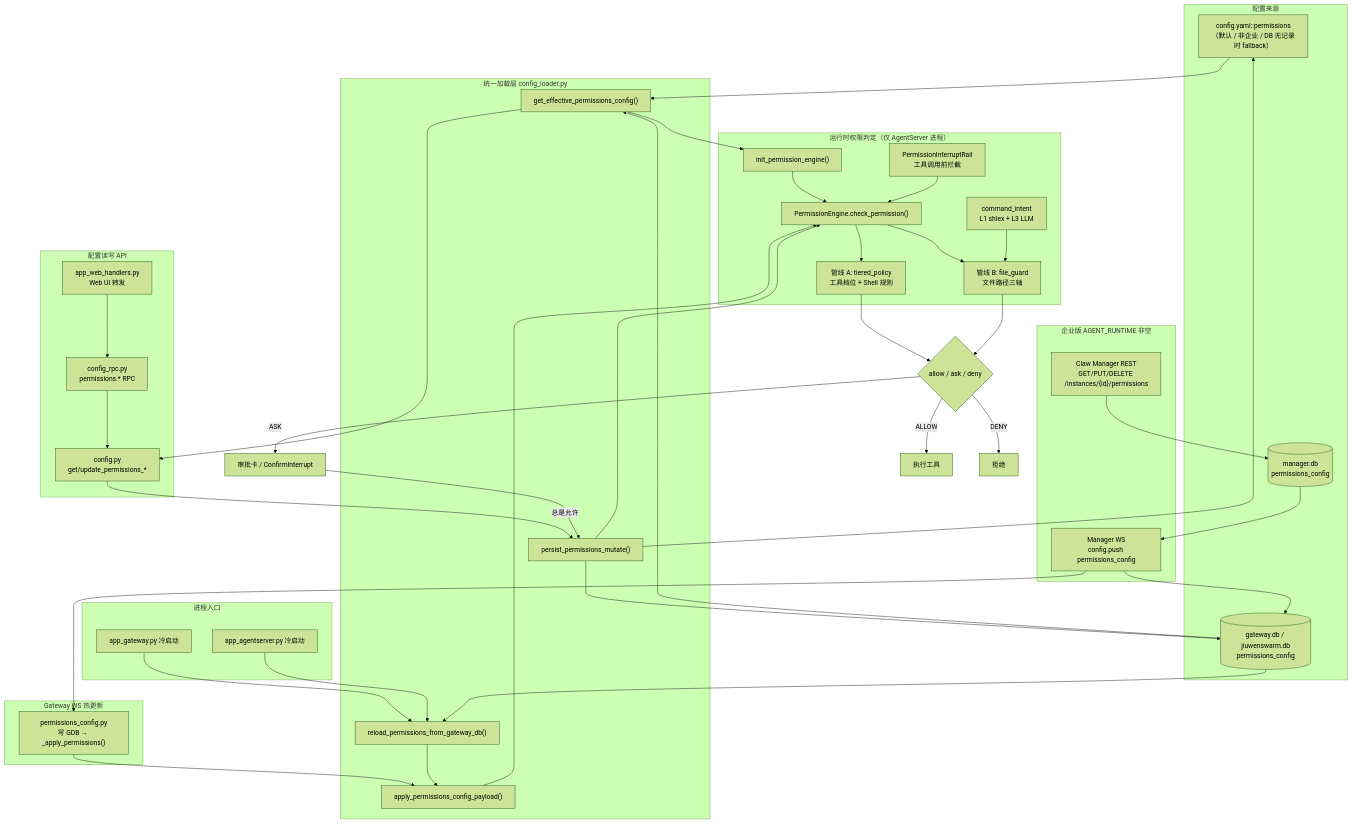
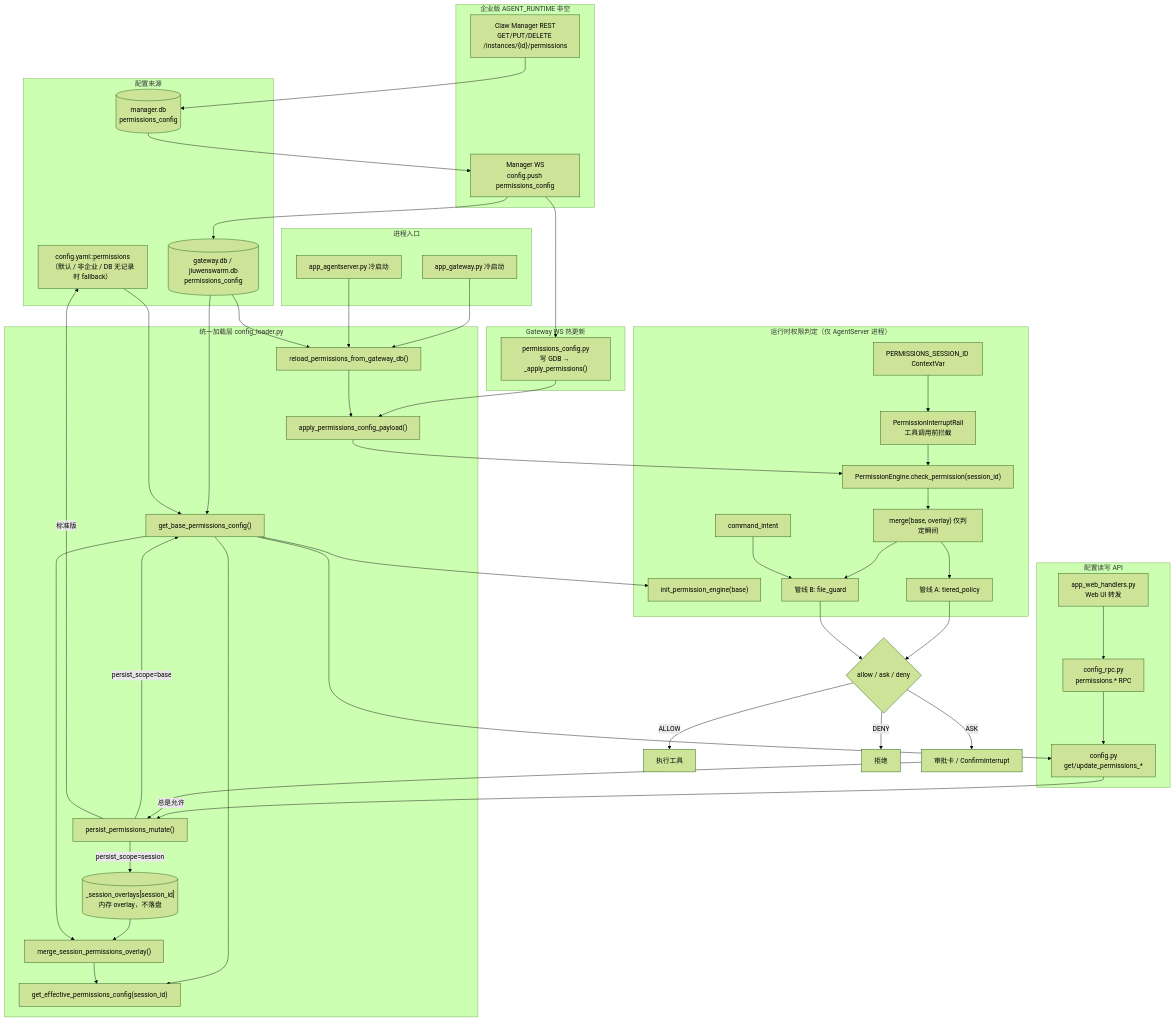
One commit to openJiuwen-ai/jiuwenclaw changed the first of 4 diagrams in docs/zh/permissions_config_architecture.md. Above: the diagram before and after it, drawn with Mermaid (forest theme). The commit also changed other lines of this file and 9 other files, not shown here.

First paragraph of the commit message:
feat(permissions): 企业版引入 base/overlay 分层与会话级权限 overlay

```diff
--- a/docs/zh/permissions_config_architecture.md
+++ b/docs/zh/permissions_config_architecture.md
@@ -26,10 +26,13 @@
     end
 
     subgraph loader [统一加载层 config_loader.py]
-        GET["get_effective_permissions_config()"]
+        BASE["get_base_permissions_config()"]
+        GET["get_effective_permissions_config(session_id)"]
+        MERGE["merge_session_permissions_overlay()"]
         RELOAD["reload_permissions_from_gateway_db()"]
         APPLY["apply_permissions_config_payload()"]
         PERSIST["persist_permissions_mutate()"]
+        OVERLAY[("_session_overlays[session_id]<br/>内存 overlay，不落盘")]
     end
 
     subgraph entry [进程入口]
@@ -45,10 +48,14 @@
         GWS_MOD --> APPLY
     end
 
-    GDB --> GET
+    GDB --> BASE
     GDB --> RELOAD
-    YAML --> GET
+    YAML --> BASE
     RELOAD --> APPLY
+    BASE --> GET
+    OVERLAY --> MERGE
+    BASE --> MERGE
+    MERGE --> GET
 
     subgraph config_api [配置读写 API]
         CFG["config.py<br/>get/update_permissions_*"]
@@ -59,26 +66,29 @@
         WEB --> RPC
     end
 
-    PERSIST --> GDB
-    PERSIST --> YAML
+    PERSIST -->|persist_scope=base| BASE
+    PERSIST -->|persist_scope=session| OVERLAY
+    PERSIST -->|标准版| YAML
 
     subgraph runtime [运行时权限判定（仅 AgentServer 进程）]
-        INIT["init_permission_engine()"]
+        CTX["PERMISSIONS_SESSION_ID ContextVar"]
+        INIT["init_permission_engine(base)"]
         RAIL["PermissionInterruptRail<br/>工具调用前拦截"]
-        ENGINE["PermissionEngine.check_permission()"]
-        A["管线 A: tiered_policy<br/>工具档位 + Shell 规则"]
-        B["管线 B: file_guard<br/>文件路径三轴"]
-        CI["command_intent<br/>L1 shlex + L3 LLM"]
+        ENGINE["PermissionEngine.check_permission(session_id)"]
+        EVAL["merge(base, overlay) 仅判定瞬间"]
+        A["管线 A: tiered_policy"]
+        B["管线 B: file_guard"]
+        CI["command_intent"]
     end
 
-    GET --> INIT
-    GET --> CFG
+    BASE --> INIT
+    BASE --> CFG
     APPLY --> ENGINE
-    PERSIST --> ENGINE
-    INIT --> ENGINE
+    CTX --> RAIL
     RAIL --> ENGINE
-    ENGINE --> A
-    ENGINE --> B
+    ENGINE --> EVAL
+    EVAL --> A
+    EVAL --> B
     CI --> B
     A --> DEC{"allow / ask / deny"}
     B --> DEC
```
